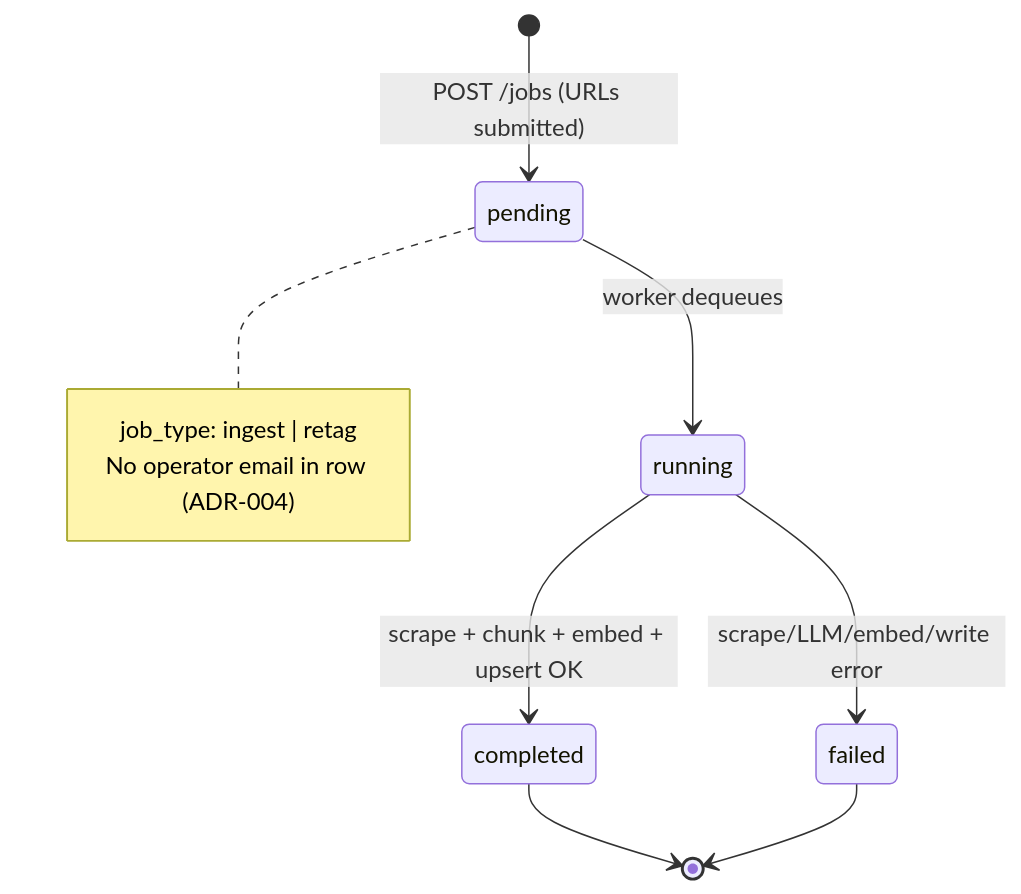
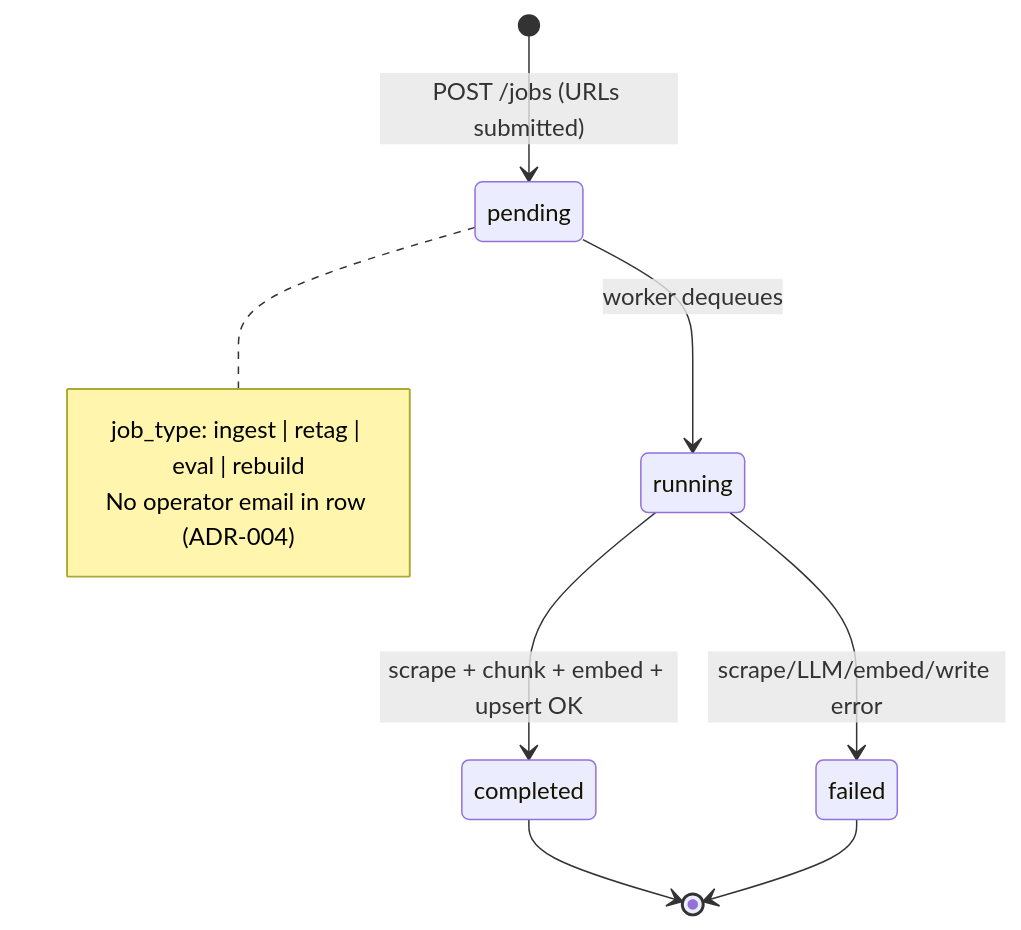
Before and after one commit to Math-Data-Justice-Collaborative/vecinita: the tenth of 20 diagrams in docs/data-flow.md, drawn with Mermaid. The commit also changed other lines of this file and 80 other files, not shown here.

````diff
--- a/docs/data-flow.md
+++ b/docs/data-flow.md
@@ -474,16 +535,16 @@
 ```mermaid
 stateDiagram-v2
     [*] --> pending: POST /jobs (URLs submitted)
 
     pending --> running: worker dequeues
     running --> completed: scrape + chunk + embed + upsert OK
     running --> failed: scrape/LLM/embed/write error
 
     completed --> [*]
     failed --> [*]
 
     note right of pending
-        job_type: ingest | retag
+        job_type: ingest | retag | eval | rebuild
         No operator email in row (ADR-004)
     end note
 ```
````
